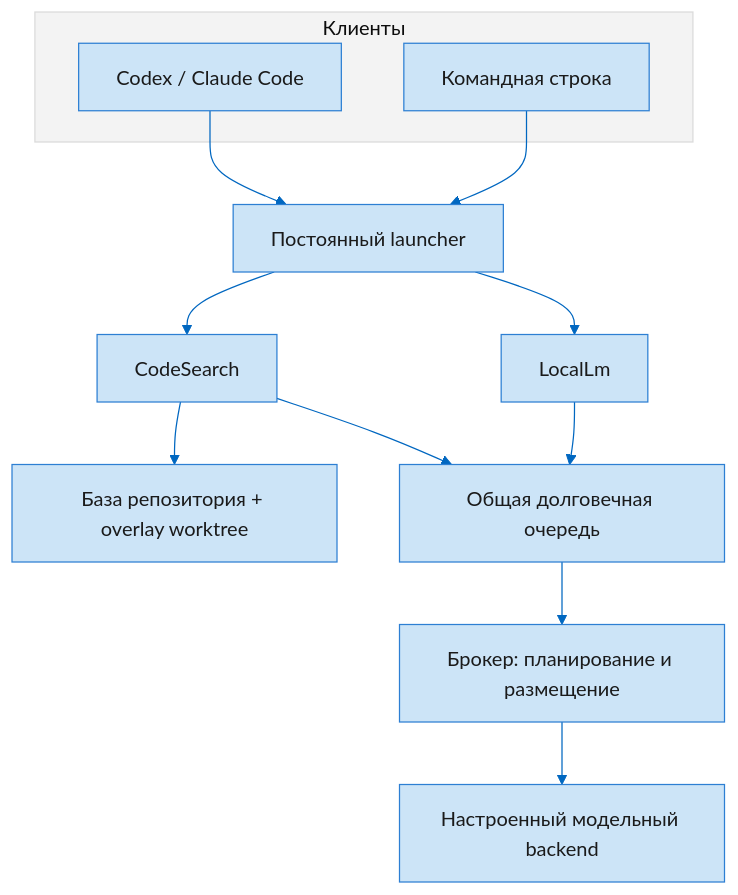
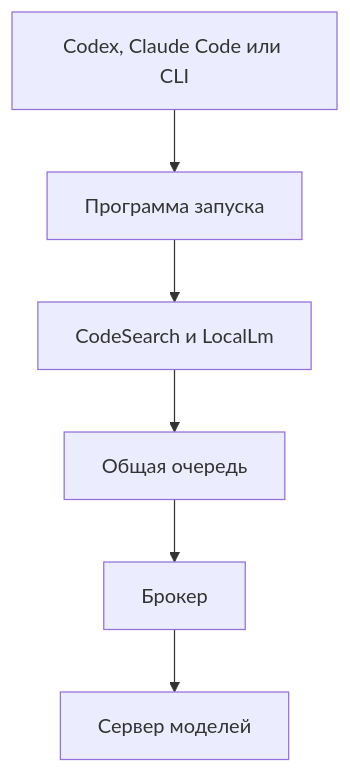
The first of 2 diagrams in docs/wiki/Architecture.ru.md (MrAliev/local-ai-toolkit), drawn with Mermaid before and after one commit. The commit also changed other lines of this file and 30 other files, not shown here.

````diff
--- a/docs/wiki/Architecture.ru.md
+++ b/docs/wiki/Architecture.ru.md
@@ -7,27 +9,8 @@
 ```mermaid
----
-config:
-  theme: base
-  themeVariables:
-    primaryColor: "#CCE4F7"
-    primaryTextColor: "#1A1A1A"
-    primaryBorderColor: "#2D7FD3"
-    lineColor: "#0067C0"
-    secondaryColor: "#FAFAFA"
-    tertiaryColor: "#F3F3F3"
----
 flowchart TB
-  subgraph clients["Клиенты"]
-    agent["Codex / Claude Code"]
-    cli["Командная строка"]
-  end
-  agent --> launcher["Постоянный launcher"]
-  cli --> launcher
-  launcher --> search["CodeSearch"]
-  launcher --> local["LocalLm"]
-  search --> index["База репозитория + overlay worktree"]
-  search --> queue["Общая долговечная очередь"]
-  local --> queue
-  queue --> broker["Брокер: планирование и размещение"]
-  broker --> models["Настроенный модельный backend"]
+  clients["Codex, Claude Code или CLI"] --> launcher["Программа запуска"]
+  launcher --> tools["CodeSearch и LocalLm"]
+  tools --> queue["Общая очередь"]
+  queue --> broker["Брокер"]
+  broker --> models["Сервер моделей"]
 ```
````
